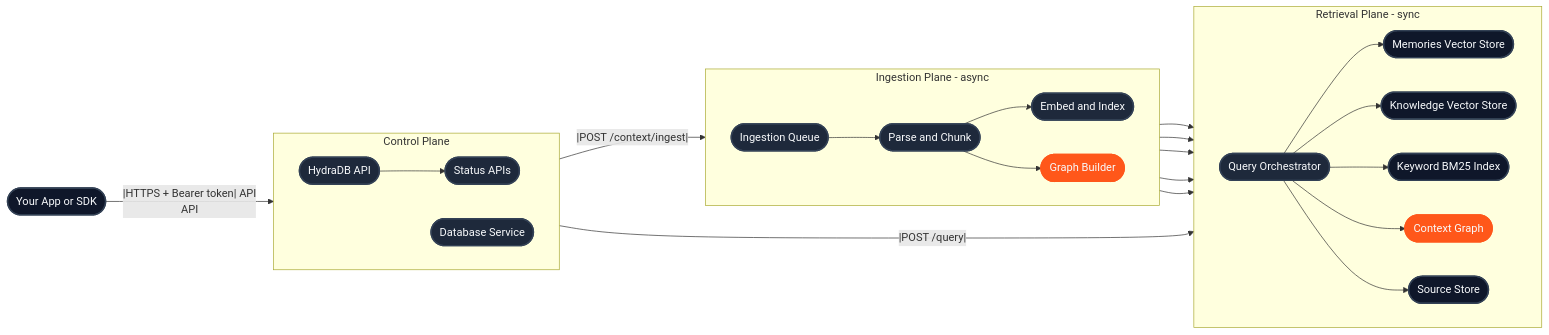
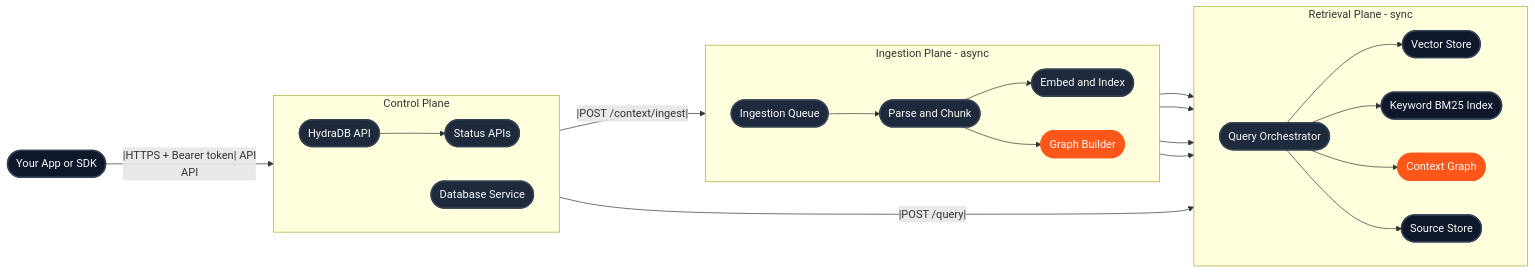
One commit to hydra-db/mintlify-docs changed the first of 2 diagrams in essentials/v2/architecture.mdx. Above: the diagram before and after it, drawn with Mermaid. The commit also changed other lines of this file and 115 other files, not shown here.

````diff
--- a/essentials/v2/architecture.mdx
+++ b/essentials/v2/architecture.mdx
@@ -20,63 +20,59 @@
 ```mermaid
 flowchart LR
   Client([Your App or SDK])
   style Client fill:#0f172a,stroke:#334155,stroke-width:2px,color:#f8fafc,stroke-linecap:round
 
   subgraph Control[Control Plane]
     direction LR
     API([HydraDB API])
     Databases([Database Service])
     Status([Status APIs])
     style API fill:#1e293b,stroke:#334155,stroke-width:2px,color:#f8fafc,stroke-linecap:round
     style Databases fill:#1e293b,stroke:#334155,stroke-width:2px,color:#f8fafc,stroke-linecap:round
     style Status fill:#1e293b,stroke:#334155,stroke-width:2px,color:#f8fafc,stroke-linecap:round
   end
 
   subgraph Ingestion[Ingestion Plane - async]
     direction LR
     Queue([Ingestion Queue])
     Parser([Parse and Chunk])
     Embed([Embed and Index])
     Graph([Graph Builder])
     style Queue fill:#1e293b,stroke:#334155,stroke-width:2px,color:#f8fafc,stroke-linecap:round
     style Parser fill:#1e293b,stroke:#334155,stroke-width:2px,color:#f8fafc,stroke-linecap:round
     style Embed fill:#1e293b,stroke:#334155,stroke-width:2px,color:#f8fafc,stroke-linecap:round
     style Graph fill:#FF571A,stroke:#FF571A,stroke-width:2px,color:#f8fafc,stroke-linecap:round
   end
 
   subgraph Retrieval[Retrieval Plane - sync]
     direction LR
     Query([Query Orchestrator])
-    MemVec([Memories Vector Store])
-    KnowVec([Knowledge Vector Store])
+    Vec([Vector Store])
     KeywordBM25([Keyword BM25 Index])
     ContextGraph([Context Graph])
     Sources([Source Store])
     style Query fill:#1e293b,stroke:#334155,stroke-width:2px,color:#f8fafc,stroke-linecap:round
-    style MemVec fill:#0f172a,stroke:#334155,stroke-width:2px,color:#f8fafc,stroke-linecap:round
-    style KnowVec fill:#0f172a,stroke:#334155,stroke-width:2px,color:#f8fafc,stroke-linecap:round
+    style Vec fill:#0f172a,stroke:#334155,stroke-width:2px,color:#f8fafc,stroke-linecap:round
     style KeywordBM25 fill:#0f172a,stroke:#334155,stroke-width:2px,color:#f8fafc,stroke-linecap:round
     style ContextGraph fill:#FF571A,stroke:#FF571A,stroke-width:2px,color:#f8fafc,stroke-linecap:round
     style Sources fill:#0f172a,stroke:#334155,stroke-width:2px,color:#f8fafc,stroke-linecap:round
   end
 
   Client --|HTTPS + Bearer token| API
   API --> Databases
   API --> Status
   API --|POST /context/ingest|--> Queue
   Queue --> Parser
   Parser --> Sources
   Parser --> Embed
-  Embed --> MemVec
-  Embed --> KnowVec
+  Embed --> Vec
   Embed --> KeywordBM25
   Parser --> Graph
   Graph --> ContextGraph
 
   API --|POST /query|--> Query
-  Query --> MemVec
-  Query --> KnowVec
+  Query --> Vec
   Query --> KeywordBM25
   Query --> ContextGraph
   Query --> Sources
 ```
````
